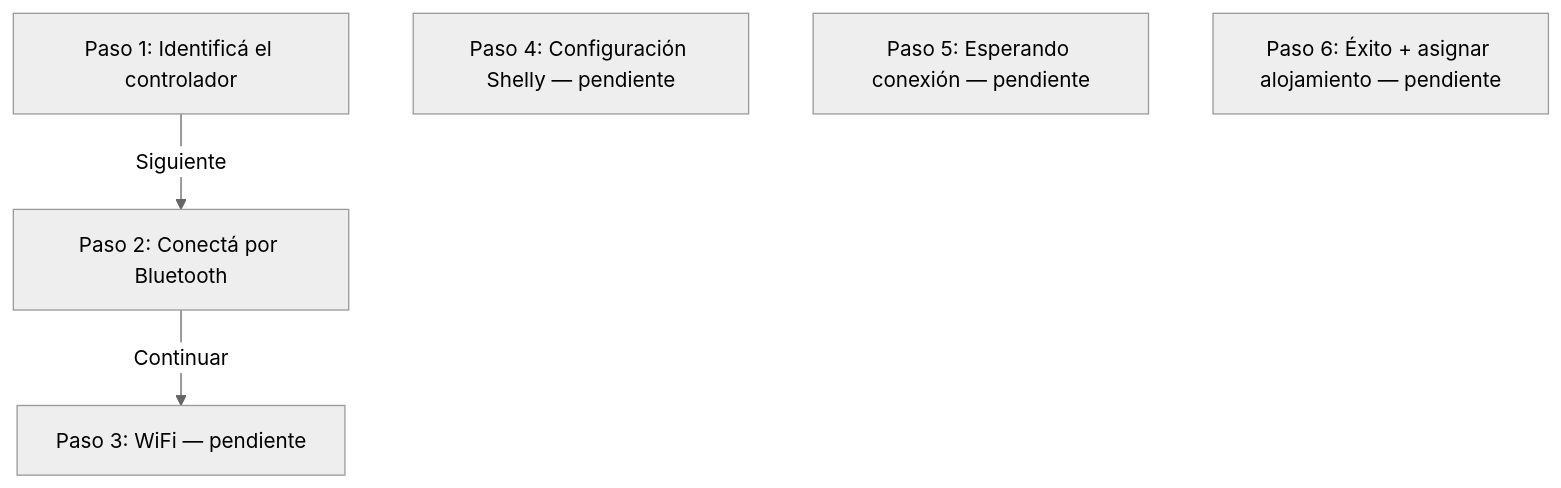
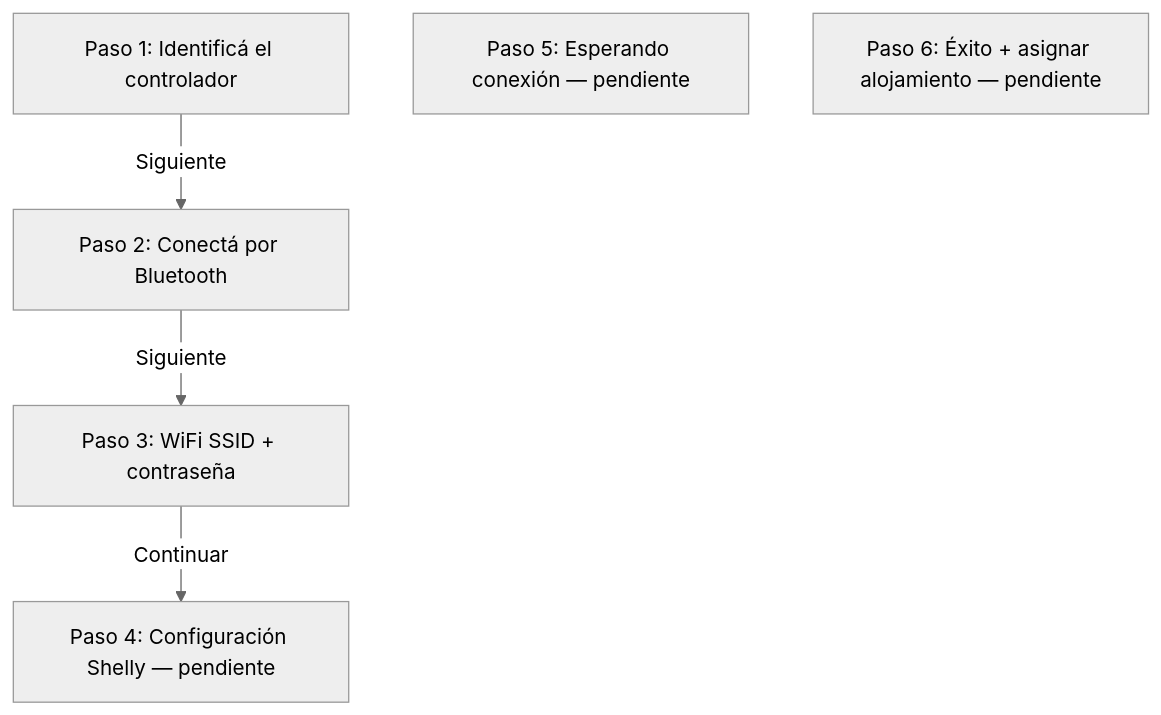
The diagram in AGENTS.md (Maurix09/habitergy-link-android), drawn with Mermaid (neutral theme) before and after one commit. The commit also changed other lines of this file and 10 other files, not shown here.

````diff
--- a/AGENTS.md
+++ b/AGENTS.md
@@ -137,12 +140,13 @@
 ```mermaid
 flowchart TD
   S1[Paso 1: Identificá el controlador]
   S2[Paso 2: Conectá por Bluetooth]
-  S3[Paso 3: WiFi — pendiente]
+  S3[Paso 3: WiFi SSID + contraseña]
   S4[Paso 4: Configuración Shelly — pendiente]
   S5[Paso 5: Esperando conexión — pendiente]
   S6[Paso 6: Éxito + asignar alojamiento — pendiente]
 
   S1 -->|Siguiente| S2
-  S2 -->|Continuar| S3
+  S2 -->|Siguiente| S3
+  S3 -->|Continuar| S4
 ```
````
